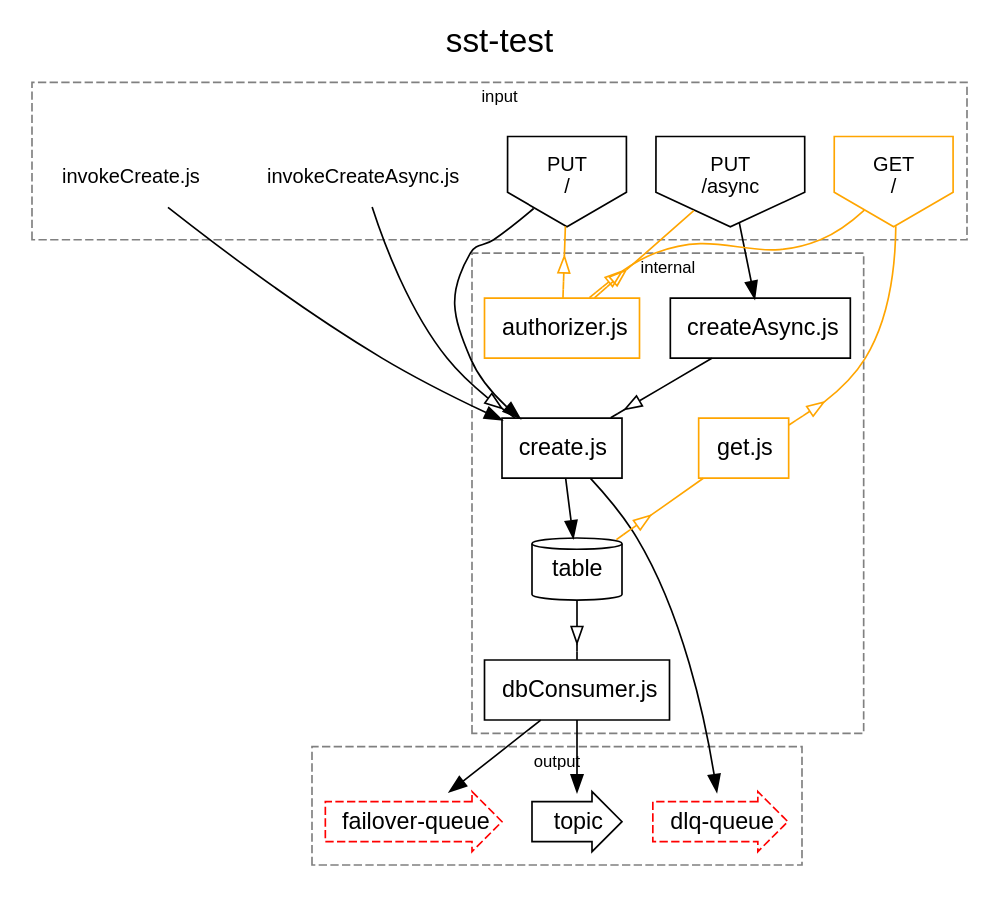
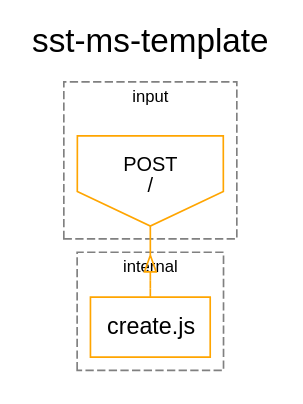
The diagram in stackdef/stackdef.dot (wintvelt/sst-ms-template), drawn with Graphviz before and after one commit. The commit also changed 47 other files, not shown here.

```diff
--- a/stackdef/stackdef.dot
+++ b/stackdef/stackdef.dot
@@ -1,92 +1,29 @@
 digraph {
         node [shape=plaintext fontname="Arial" fontsize="10"]
         edge [fontname="Arial" fontsize="10"]
         subgraph cluster0 {
             label="internal"
             fontname="Arial"
             fontsize=10
             color=grey
             style=dashed
-            node0 [ shape=box label=<
+            node0 [ shape=box color=orange label=<
             <table border="0" cellborder="0" cellspacing="0">
             <tr><td align="left"><font point-size="14">create.js</font></td></tr>
-            </table>>]
-        node1 [ shape=box label=<
-            <table border="0" cellborder="0" cellspacing="0">
-            <tr><td align="left"><font point-size="14">createAsync.js</font></td></tr>
-            </table>>]
-        node2 [ shape=box color=orange label=<
-            <table border="0" cellborder="0" cellspacing="0">
-            <tr><td align="left"><font point-size="14">authorizer.js</font></td></tr>
-            </table>>]
-        node3 [ shape=box label=<
-            <table border="0" cellborder="0" cellspacing="0">
-            <tr><td align="left"><font point-size="14">dbConsumer.js</font></td></tr>
-            </table>>]
-        node4 [ shape=box color=orange label=<
-            <table border="0" cellborder="0" cellspacing="0">
-            <tr><td align="left"><font point-size="14">get.js</font></td></tr>
-            </table>>]
-        node8 [ shape=cylinder label=<
-            <table border="0" cellborder="0" cellspacing="0">
-            <tr><td align="left"><font point-size="14">table</font></td></tr>
             </table>>]
     }
     subgraph cluster1 {
             label="input"
             fontname="Arial"
             fontsize=10
             color=grey
             style=dashed
-            node5 [ shape=plaintext label=<
-            <table border="0" cellborder="0" cellspacing="0">
-            <tr><td align="left"><font point-size="12">invokeCreate.js</font></td></tr>
-            </table>>]
-        node6 [ shape=plaintext label=<
-            <table border="0" cellborder="0" cellspacing="0">
-            <tr><td align="left"><font point-size="12">invokeCreateAsync.js</font></td></tr>
-            </table>>]
-        node7 [ shape=invhouse fontsize=12 label="PUT\n/"]
-        node10 [ shape=invhouse fontsize=12 label="PUT\n/async"]
-        node11 [ shape=invhouse color=orange fontsize=12 label="GET\n/"]
+            node1 [ shape=invhouse color=orange fontsize=12 label="POST\n/"]
     }
-    subgraph cluster2 {
-            label="output"
-            fontname="Arial"
-            fontsize=10
-            color=grey
-            style=dashed
-            node9 [ shape=rarrow style=dashed color=red label=<
-            <table border="0" cellborder="0" cellspacing="0">
-            <tr><td align="left"><font point-size="14">dlq-queue</font></td></tr>
-            </table>>]
-        node12 [ shape=rarrow label=<
-            <table border="0" cellborder="0" cellspacing="0">
-            <tr><td align="left"><font point-size="14">topic</font></td></tr>
-            </table>>]
-        node13 [ shape=rarrow style=dashed color=red label=<
-            <table border="0" cellborder="0" cellspacing="0">
-            <tr><td align="left"><font point-size="14">failover-queue</font></td></tr>
-            </table>>]
-    }
-    node7 -> node0
-    node0 -> node8
-    node0 -> node9
-    node10 -> node1
-    node1 -> node0 [arrowhead = nonenoneonormal]
-    node11 -> node2 [color=orange arrowhead=nonenonenoneoinv]
-    node7 -> node2 [color=orange arrowhead=nonenonenoneoinv]
-    node10 -> node2 [color=orange arrowhead=nonenonenoneoinv]
-    node8 -> node3 [arrowhead = nonenoneonormal]
-    node3 -> node12
-    node3 -> node13
-    node11 -> node4 [color=orange arrowhead=nonenonenoneoinv]
-    node4 -> node8 [color=orange arrowhead=nonenonenoneoinv]
-    node5 -> node0
-    node6 -> node0 [arrowhead = nonenoneonormal]
+    node1 -> node0 [color=orange arrowhead=nonenonenoneoinv]
 
     labelloc="t"
     fontname="Arial"
     fontsize="20"
-    label="sst-test"
+    label="sst-ms-template"
 }
```
